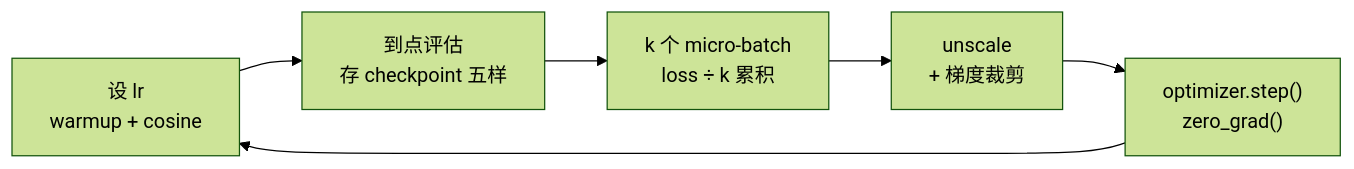
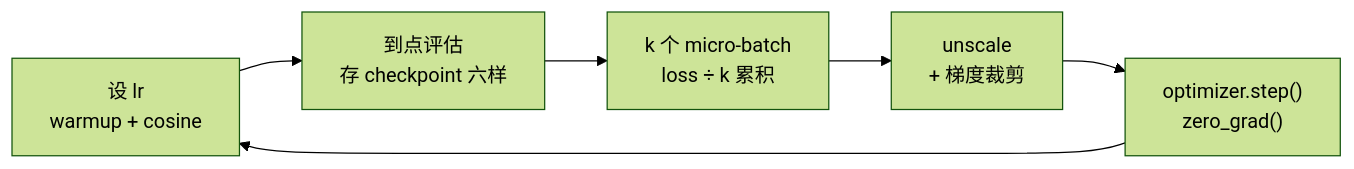
The second of 2 diagrams in slides/2026-04-09-transformer-and-llm.md (arganzheng/arganzheng.github.com), drawn with Mermaid (forest theme) before and after one commit. The commit also changed other lines of this file and 6 other files, not shown here.

First line of the commit message:
Transformer 原理与实现：总览图提到各篇开头并补逐节点要点，补对象 / 产物的产生与存放表，指引改为标题链接

````diff
--- a/slides/2026-04-09-transformer-and-llm.md
+++ b/slides/2026-04-09-transformer-and-llm.md
@@ -186,5 +204,5 @@
 ```mermaid
 %%{init: {"flowchart": {"wrappingWidth": 170}}}%%
 flowchart LR
-    LR["设 lr<br/>warmup + cosine"] --> EV["到点评估<br/>存 checkpoint 五样"] --> ACC["k 个 micro-batch<br/>loss ÷ k 累积"] --> CL["unscale<br/>+ 梯度裁剪"] --> ST["optimizer.step()<br/>zero_grad()"] --> LR
+    LR["设 lr<br/>warmup + cosine"] --> EV["到点评估<br/>存 checkpoint 六样"] --> ACC["k 个 micro-batch<br/>loss ÷ k 累积"] --> CL["unscale<br/>+ 梯度裁剪"] --> ST["optimizer.step()<br/>zero_grad()"] --> LR
 ```
````
